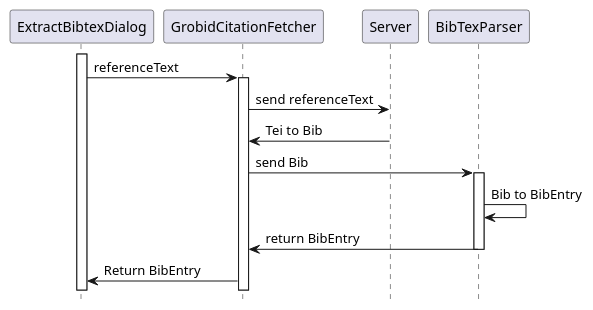
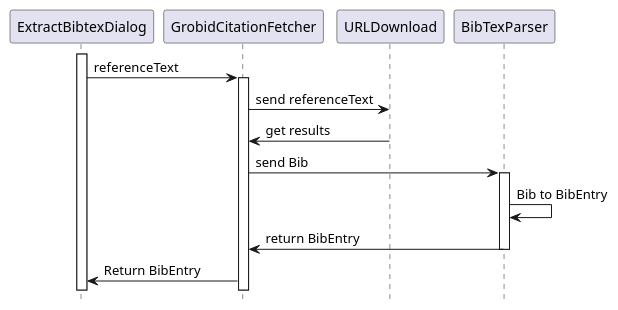
Before and after one commit to JabRef/jabref: the diagram in docs/sweng/TechnicalDocumentation/SequenceDiagramGrobid.puml, drawn with PlantUML. The commit also changed 8 other files, not shown here.

```diff
--- a/docs/sweng/TechnicalDocumentation/SequenceDiagramGrobid.puml
+++ b/docs/sweng/TechnicalDocumentation/SequenceDiagramGrobid.puml
@@ -1,31 +1,31 @@
 @startuml
 hide footbox
 participant ExtractBibtexDialog order 10
 participant GrobidCitationFetcher order 20
-participant Server order 30
+participant URLDownload order 30
 participant BibTexParser order 40
 
 activate ExtractBibtexDialog
 ExtractBibtexDialog -> GrobidCitationFetcher: referenceText
 
 activate GrobidCitationFetcher
-GrobidCitationFetcher -> Server: send referenceText
+GrobidCitationFetcher -> URLDownload: send referenceText
 
-Server-> GrobidCitationFetcher: Tei to Bib
+URLDownload-> GrobidCitationFetcher: get results
 GrobidCitationFetcher -> BibTexParser: send Bib
 
 
 activate BibTexParser
 BibTexParser -> BibTexParser: Bib to BibEntry
 BibTexParser -> GrobidCitationFetcher: return BibEntry
 deactivate BibTexParser
 
 
 
 
 
 
 GrobidCitationFetcher-> ExtractBibtexDialog: Return BibEntry
 
 
 @enduml
```
